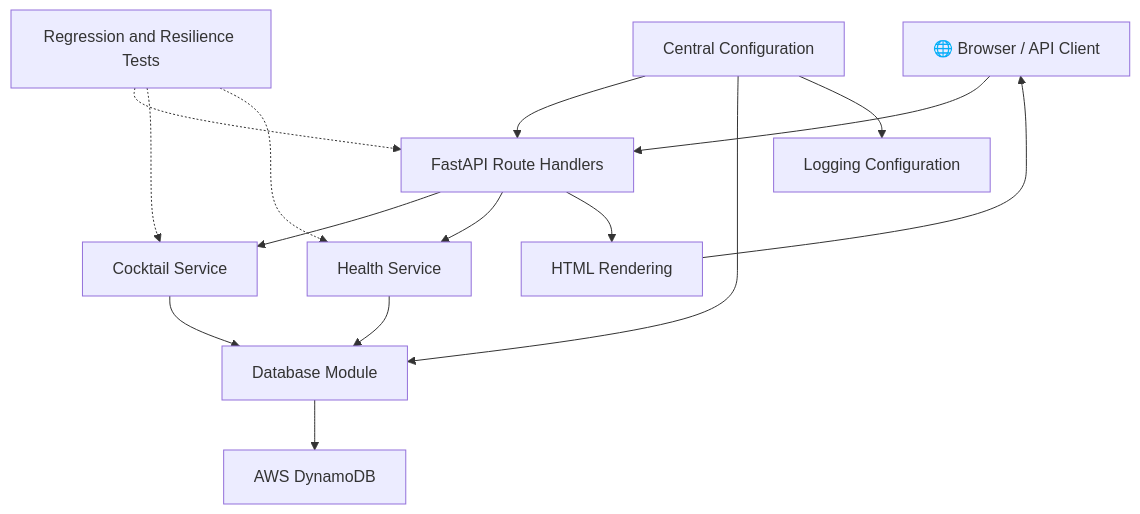
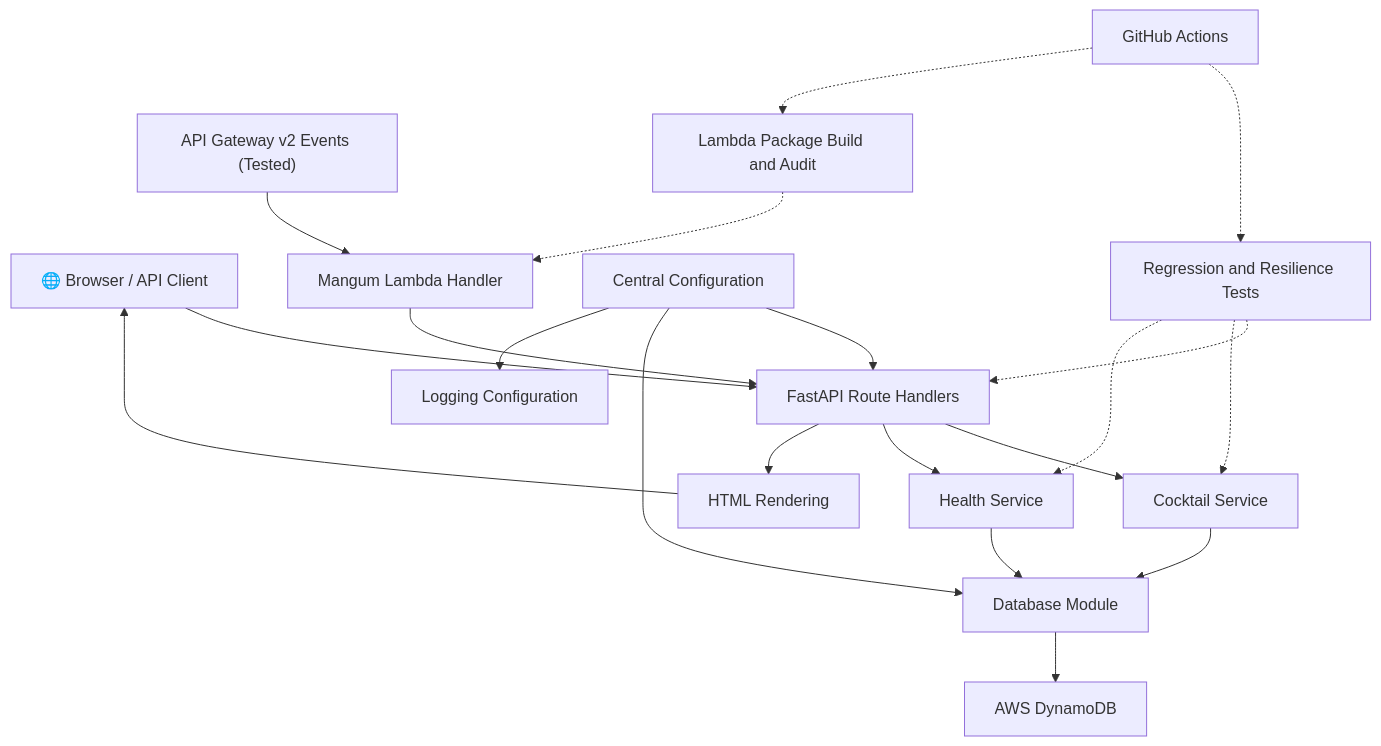
One commit to tom-stayner/cocktail-ai-app changed the first of 3 diagrams in docs/architecture/overview.md. Above: the diagram before and after it, drawn with Mermaid. The commit also changed other lines of this file and 11 other files, not shown here.

````diff
--- a/docs/architecture/overview.md
+++ b/docs/architecture/overview.md
@@ -24,27 +30,32 @@
 ```mermaid
 flowchart TD
 
     Browser["🌐 Browser / API Client"]
 
     Browser --> FastAPI["FastAPI Route Handlers"]
+    Events["API Gateway v2 Events (Tested)"] --> Mangum["Mangum Lambda Handler"]
+    Mangum --> FastAPI
 
     FastAPI --> Service["Cocktail Service"]
     FastAPI --> Health["Health Service"]
 
     Service --> Database["Database Module"]
     Health --> Database
 
     Database --> DynamoDB["AWS DynamoDB"]
 
     Config["Central Configuration"] --> FastAPI
     Config --> Database
     Config --> Logging["Logging Configuration"]
 
     FastAPI --> HTML["HTML Rendering"]
 
     HTML --> Browser
 
     Tests["Regression and Resilience Tests"] -.-> FastAPI
     Tests -.-> Service
     Tests -.-> Health
+    CI["GitHub Actions"] -.-> Tests
+    CI -.-> Package["Lambda Package Build and Audit"]
+    Package -.-> Mangum
 ```
````
